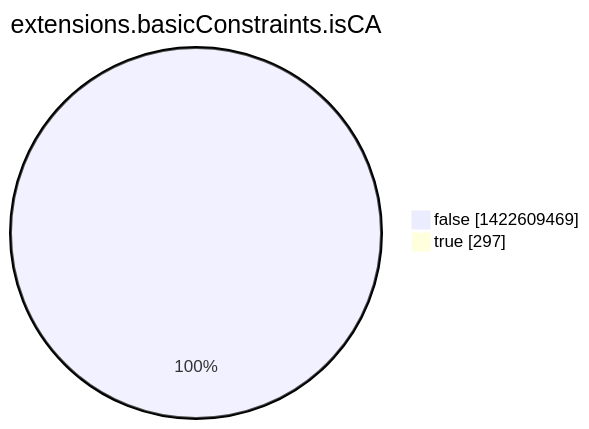
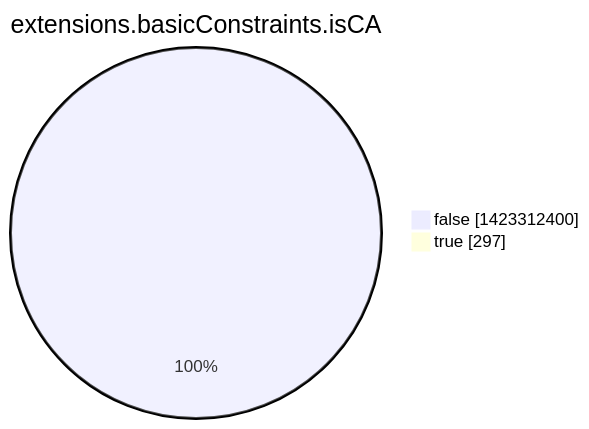
One commit to christiankrug/ctmonitor_visualization changed the eighth of 15 diagrams in argon2022/README.md. Above: the diagram before and after it, drawn with Mermaid. The commit also changed other lines of this file, not shown here.

````diff
--- a/argon2022/README.md
+++ b/argon2022/README.md
@@ -2760,6 +2760,6 @@
 ```mermaid
 pie showData
 title extensions.basicConstraints.isCA
-"false" :1422609469
+"false" :1423312400
 "true" :297
 ```
````
